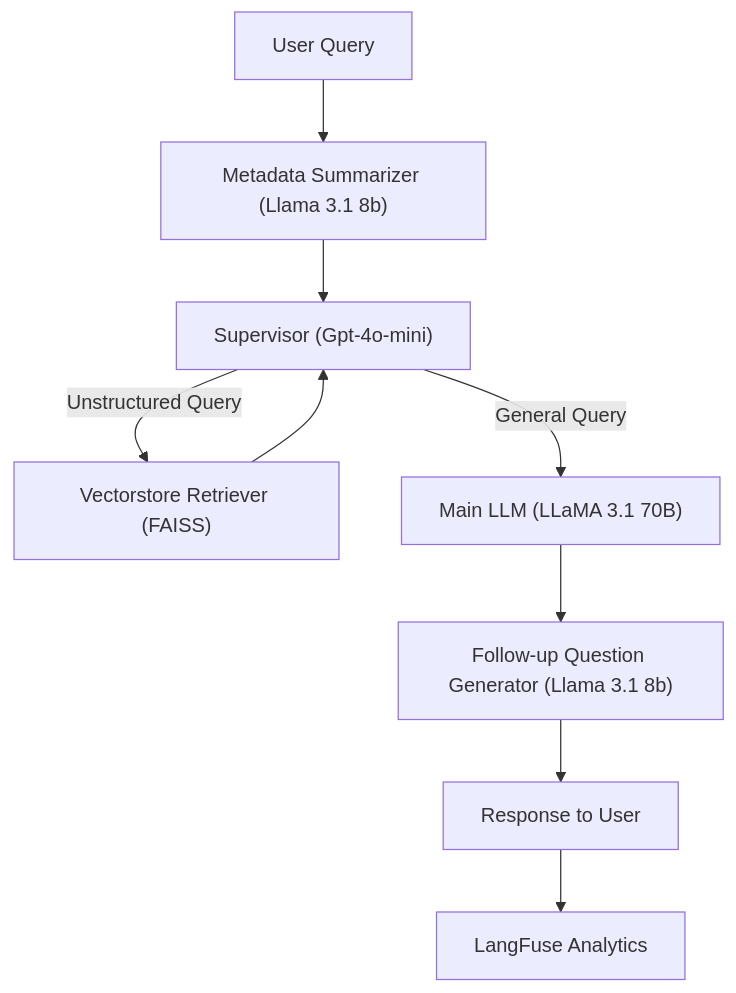
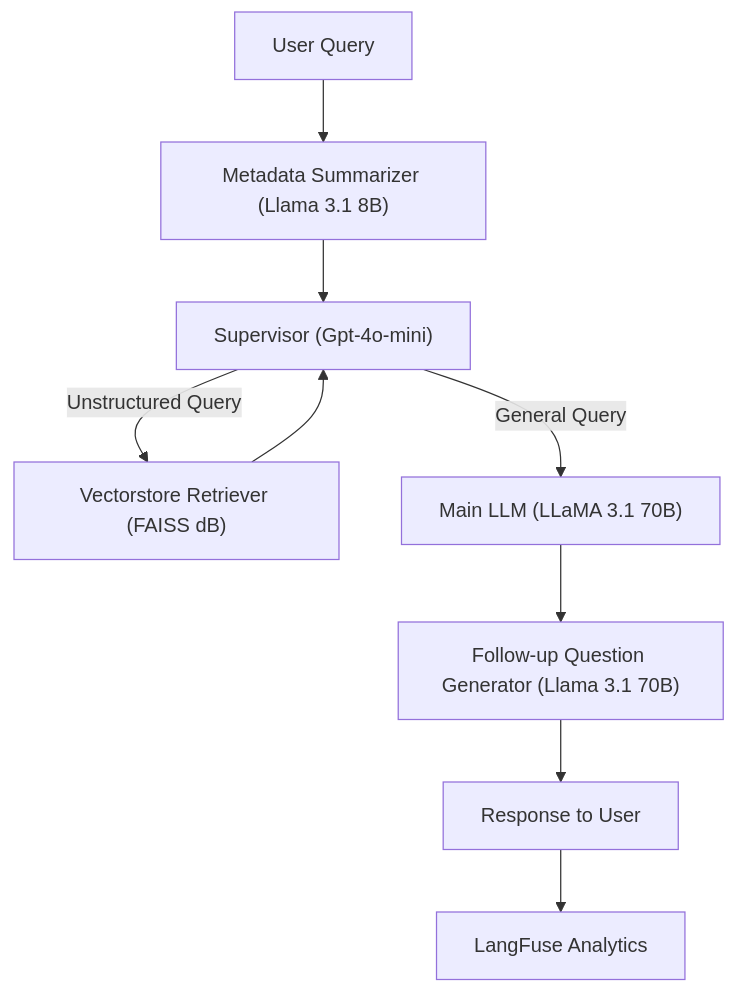
One commit to Henil-08/Verta-eCom-Chatbot changed the diagram in readme/01_BASE_MODEL.md. Above: the diagram before and after it, drawn with Mermaid.

````diff
--- a/readme/01_BASE_MODEL.md
+++ b/readme/01_BASE_MODEL.md
@@ -28,12 +28,12 @@
 ```mermaid
 flowchart TD
     start[User Query]
     start --> summarizer["Metadata Summarizer (Llama 3.1 8b)"]
-    summarizer["Metadata Summarizer (Llama 3.1 8b)"] --> supervisor["Supervisor (Gpt-4o-mini)"]
-    supervisor -->|Unstructured Query| vectorstore["Vectorstore Retriever (FAISS)"]
+    summarizer["Metadata Summarizer (Llama 3.1 8B)"] --> supervisor["Supervisor (Gpt-4o-mini)"]
+    supervisor -->|Unstructured Query| vectorstore["Vectorstore Retriever (FAISS dB)"]
     supervisor -->|General Query| mainllm["Main LLM (LLaMA 3.1 70B)"]
     vectorstore --> supervisor
-    mainllm --> followup["Follow-up Question Generator (Llama 3.1 8b)"]
+    mainllm --> followup["Follow-up Question Generator (Llama 3.1 70B)"]
     followup --> response["Response to User"]
     response --> langfuse["LangFuse Analytics"]
 ```
````
